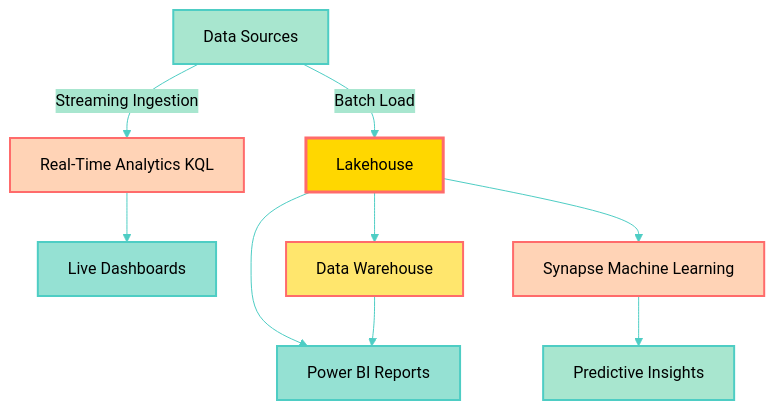
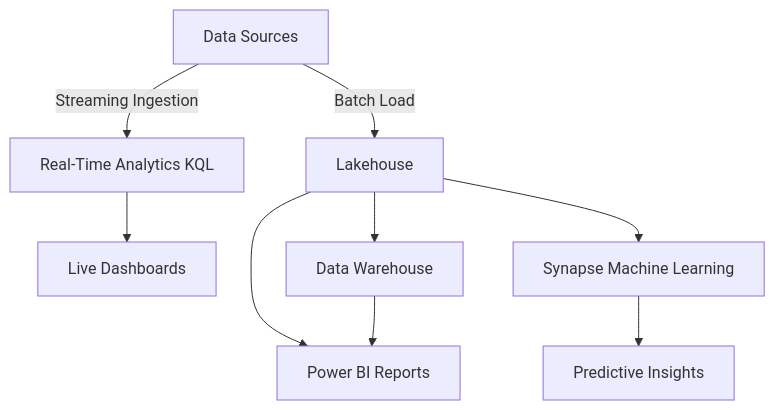
The sixth of 10 diagrams in microsoft-fabric/readme.md (MoBRUEC/MoBRUEC), drawn with Mermaid before and after one commit. The commit also changed other lines of this file, not shown here.

````diff
--- a/microsoft-fabric/readme.md
+++ b/microsoft-fabric/readme.md
@@ -289,20 +269,11 @@
 ```mermaid
-%%{init: {'theme':'base', 'themeVariables': { 'primaryColor':'#FFD700','primaryTextColor':'#000','primaryBorderColor':'#FF6B6B','lineColor':'#4ECDC4','secondaryColor':'#A8E6CF','tertiaryColor':'#FFD3B6'}}}%%
 graph TD
     DataSources[Data Sources] -->|Batch Load| Lakehouse
     DataSources -->|Streaming Ingestion| RealTime[Real-Time Analytics KQL]
     Lakehouse --> BI[Power BI Reports]
     RealTime --> Dashboards[Live Dashboards]
     Lakehouse --> ML[Synapse Machine Learning]
     ML --> Predictions[Predictive Insights]
     Lakehouse --> DWH[Data Warehouse]
     DWH --> BI
-    style DataSources fill:#A8E6CF,stroke:#4ECDC4,stroke-width:2px,color:#000
-    style Lakehouse fill:#FFD700,stroke:#FF6B6B,stroke-width:3px,color:#000
-    style RealTime fill:#FFD3B6,stroke:#FF6B6B,stroke-width:2px,color:#000
-    style BI fill:#95E1D3,stroke:#4ECDC4,stroke-width:2px,color:#000
-    style Dashboards fill:#95E1D3,stroke:#4ECDC4,stroke-width:2px,color:#000
-    style ML fill:#FFD3B6,stroke:#FF6B6B,stroke-width:2px,color:#000
-    style Predictions fill:#A8E6CF,stroke:#4ECDC4,stroke-width:2px,color:#000
-    style DWH fill:#FFE66D,stroke:#FF6B6B,stroke-width:2px,color:#000
 ```
````
